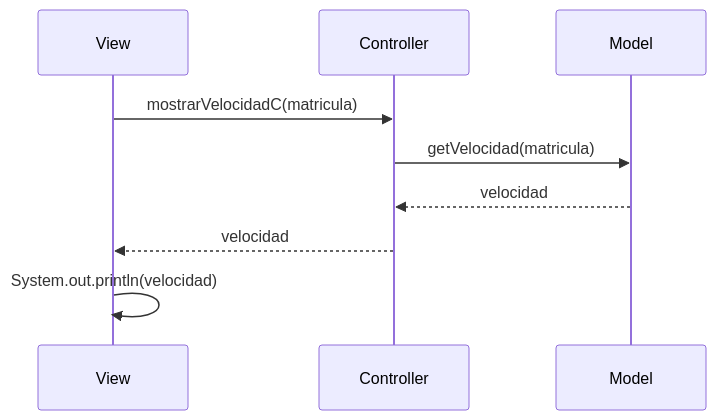
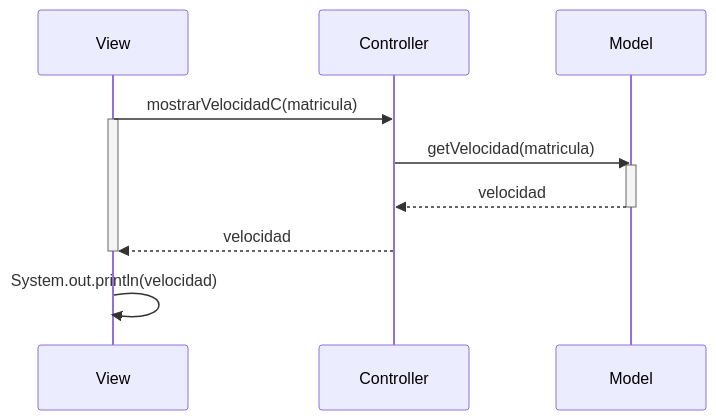
Before and after one commit to DanielRTato/Cod: the second of 2 diagrams in Diagramas.md, drawn with Mermaid. The commit also changed other lines of this file, not shown here.

Commit message:
Crear diagramas de secuencia terminado

``````diff
--- a/Diagramas.md
+++ b/Diagramas.md
@@ -12,12 +16,16 @@
 `````mermaid
 
 sequenceDiagram
     participant View
     participant Controller
     participant Model
     View->>Controller: mostrarVelocidadC(matricula)
+    activate View
     Controller->>Model: getVelocidad(matricula)
+    activate Model
     Model-->>Controller: velocidad
+    deactivate Model
     Controller-->>View: velocidad
+    deactivate View
     View->>View: System.out.println(velocidad)
 `````
``````
